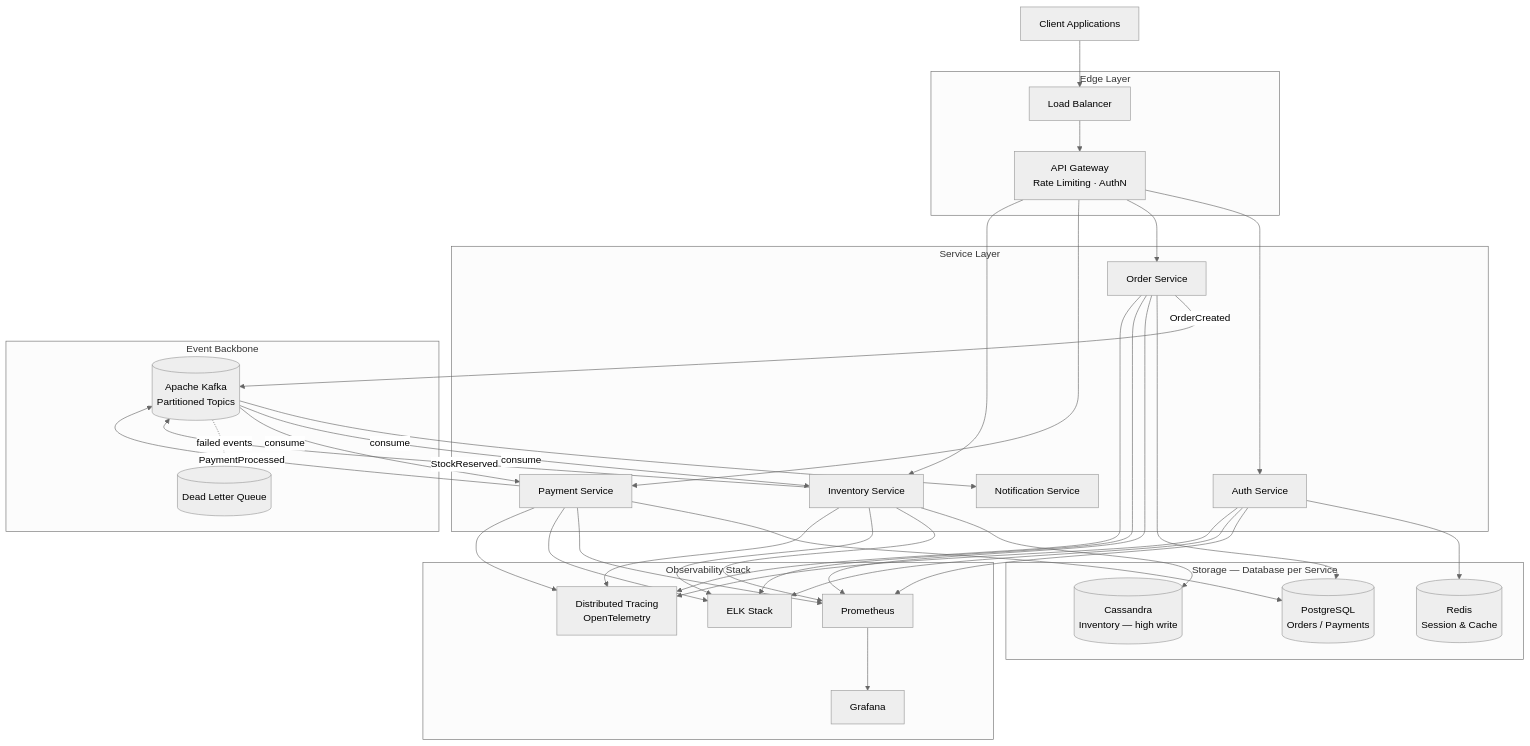
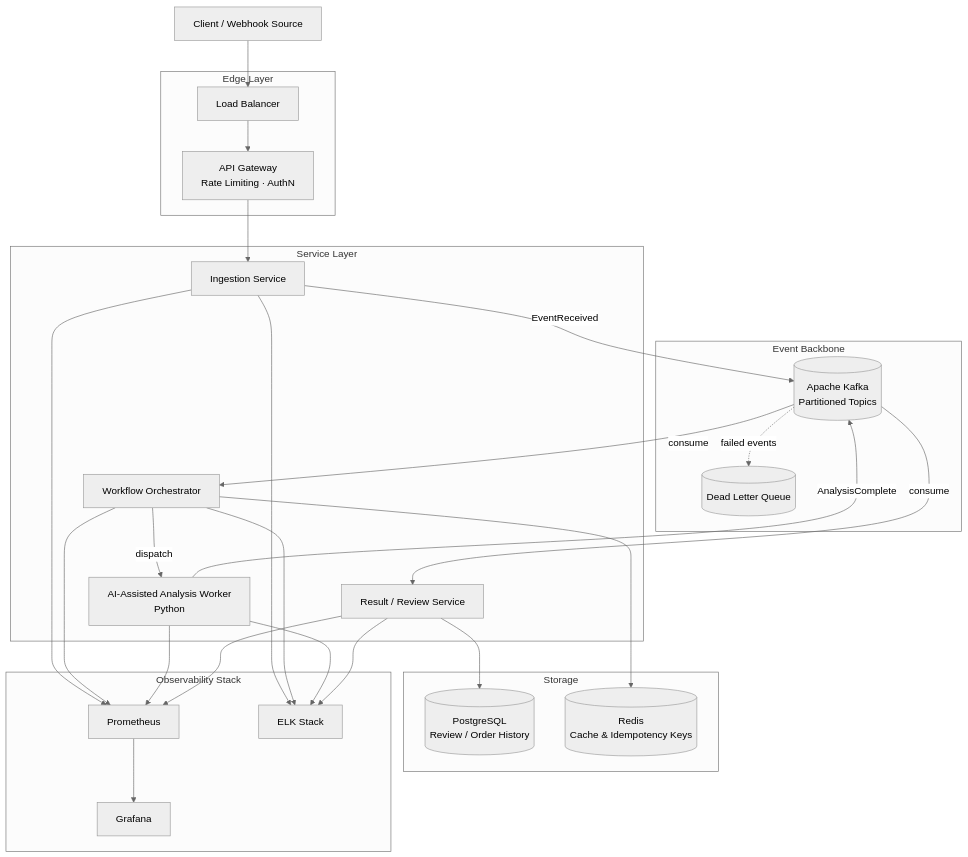
One commit to jeshwinwilliam/jeshwinwilliam changed the diagram in README.md. Above: the diagram before and after it, drawn with Mermaid (neutral theme). The commit also changed other lines of this file, not shown here.

````diff
--- a/README.md
+++ b/README.md
@@ -52,59 +61,48 @@
 ```mermaid
 flowchart TB
-    Client[Client Applications]
+    Client[Client / Webhook Source]
 
     subgraph Edge["Edge Layer"]
         LB[Load Balancer]
         APIGW[API Gateway<br/>Rate Limiting · AuthN]
     end
 
     subgraph Services["Service Layer"]
-        Auth[Auth Service]
-        Order[Order Service]
-        Payment[Payment Service]
-        Inventory[Inventory Service]
-        Notification[Notification Service]
+        Ingest[Ingestion Service]
+        Orchestrator[Workflow Orchestrator]
+        AIWorker[AI-Assisted Analysis Worker<br/>Python]
+        ResultSvc[Result / Review Service]
     end
 
     subgraph Messaging["Event Backbone"]
         Kafka[(Apache Kafka<br/>Partitioned Topics)]
         DLQ[(Dead Letter Queue)]
     end
 
-    subgraph Data["Storage — Database per Service"]
-        PG[(PostgreSQL<br/>Orders / Payments)]
-        Redis[(Redis<br/>Session & Cache)]
-        Cassandra[(Cassandra<br/>Inventory — high write)]
+    subgraph Data["Storage"]
+        PG[(PostgreSQL<br/>Review / Order History)]
+        Redis[(Redis<br/>Cache & Idempotency Keys)]
     end
 
     subgraph Observability["Observability Stack"]
         Prometheus[Prometheus]
         Grafana[Grafana]
         ELK[ELK Stack]
-        Tracing[Distributed Tracing<br/>OpenTelemetry]
     end
 
     Client --> LB --> APIGW
-    APIGW --> Auth
-    APIGW --> Order
-    APIGW --> Payment
-    APIGW --> Inventory
-
-    Order -- OrderCreated --> Kafka
-    Payment -- PaymentProcessed --> Kafka
-    Inventory -- StockReserved --> Kafka
-    Kafka -- consume --> Notification
-    Kafka -- consume --> Inventory
-    Kafka -- consume --> Payment
+    APIGW --> Ingest
+    Ingest -- EventReceived --> Kafka
+    Kafka -- consume --> Orchestrator
+    Orchestrator -- dispatch --> AIWorker
+    AIWorker -- AnalysisComplete --> Kafka
+    Kafka -- consume --> ResultSvc
     Kafka -. failed events .-> DLQ
 
-    Auth --> Redis
-    Order --> PG
-    Payment --> PG
-    Inventory --> Cassandra
+    Orchestrator --> Redis
+    ResultSvc --> PG
 
-    Auth & Order & Payment & Inventory --> Prometheus
-    Auth & Order & Payment & Inventory --> ELK
-    Auth & Order & Payment & Inventory --> Tracing
+    Ingest & Orchestrator & AIWorker & ResultSvc --> Prometheus
+    Ingest & Orchestrator & AIWorker & ResultSvc --> ELK
     Prometheus --> Grafana
 ```
````
